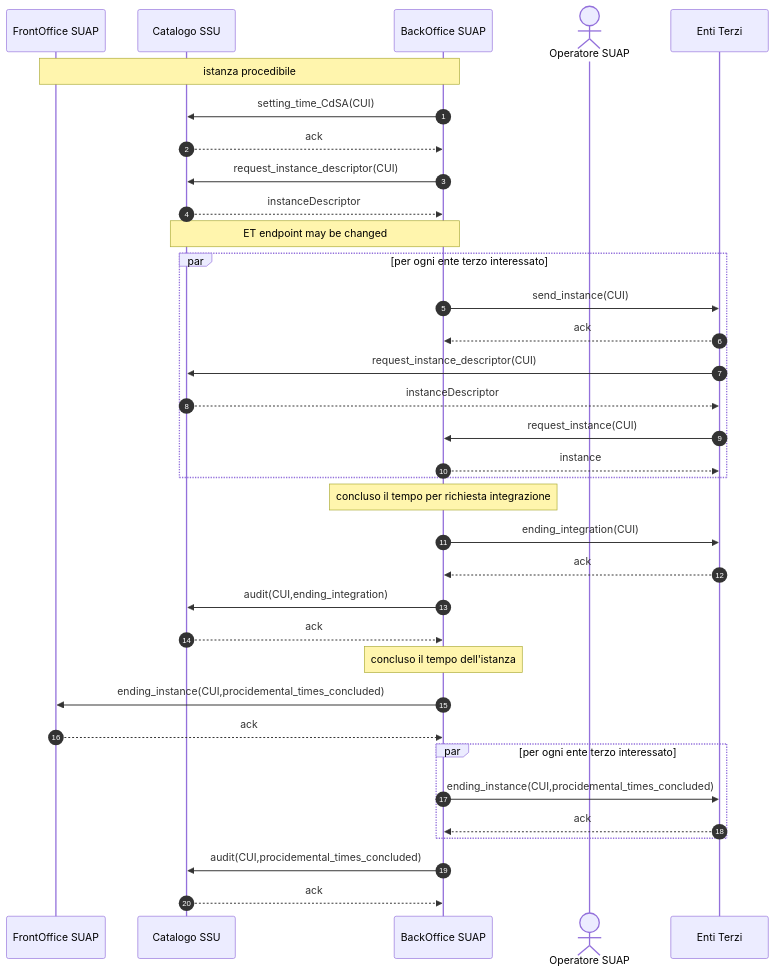
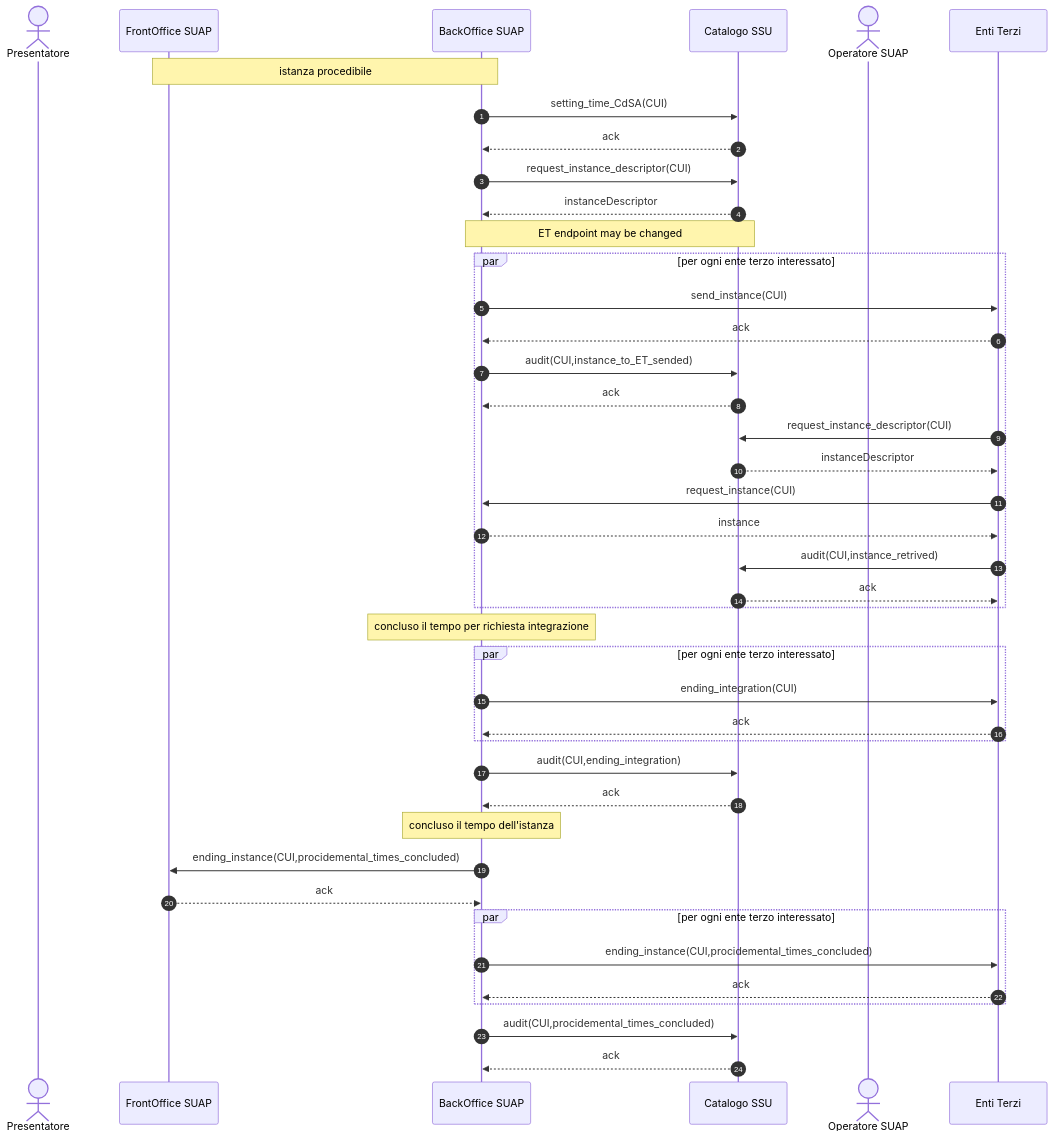
The diagram in to_interoperabilita/sequence-diagram/DomandaAutorizzazione-011.mermaid (AgID/suap-gt-specifiche), drawn with Mermaid before and after one commit. The commit also changed other lines of this file and 15 other files, not shown here.

```diff
--- a/to_interoperabilita/sequence-diagram/DomandaAutorizzazione-011.mermaid
+++ b/to_interoperabilita/sequence-diagram/DomandaAutorizzazione-011.mermaid
@@ -1,44 +1,51 @@
 sequenceDiagram
     autonumber
-  
+
+    actor P as Presentatore    
     participant F as FrontOffice SUAP
-    participant C as Catalogo SSU    
-    participant B as BackOffice SUAP    
+    participant B as BackOffice SUAP   
+    participant C as Catalogo SSU 
     actor O as Operatore SUAP    
     participant E as Enti Terzi    
- 
+
     Note over F,B: istanza procedibile
 
     B ->> C: setting_time_CdSA(CUI)
     C -->> B: ack
 
     B ->> C: request_instance_descriptor(CUI)
     C -->> B: instanceDescriptor
     Note over C,B: ET endpoint may be changed
 
 
-    par per ogni ente terzo interessato        
+	par per ogni ente terzo interessato        
         B ->> E: send_instance(CUI)
         E -->> B: ack
+        B ->> C: audit(CUI,instance_to_ET_sended)
+        C -->> B: ack
         E ->> C: request_instance_descriptor(CUI)
         C -->> E: instanceDescriptor
         E ->> B: request_instance(CUI)
         B -->> E: instance
+        E ->> C: audit(CUI,instance_retrived)
+        C -->> E: ack
     end
-    
+	
 
     Note over B: concluso il tempo per richiesta integrazione
-    B ->> E: ending_integration(CUI)
-    E -->> B: ack
-    B ->> C: audit(CUI,ending_integration)
-    C -->> B: ack
-    
+    par per ogni ente terzo interessato 
+        B ->> E: ending_integration(CUI)
+        E -->> B: ack
+    end
+        B ->> C: audit(CUI,ending_integration)
+        C -->> B: ack
+        
     Note over B: concluso il tempo dell'istanza 
     B ->> F: ending_instance(CUI,procidemental_times_concluded)
     F -->> B: ack            
     par per ogni ente terzo interessato
         B ->> E: ending_instance(CUI,procidemental_times_concluded)
         E -->> B: ack
     end
     B ->> C: audit(CUI,procidemental_times_concluded)
     C -->> B: ack
```
